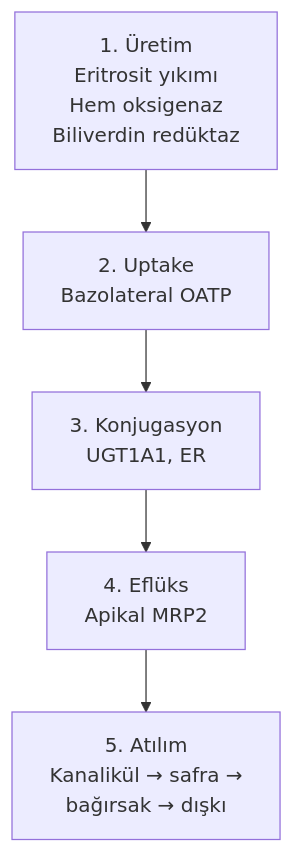
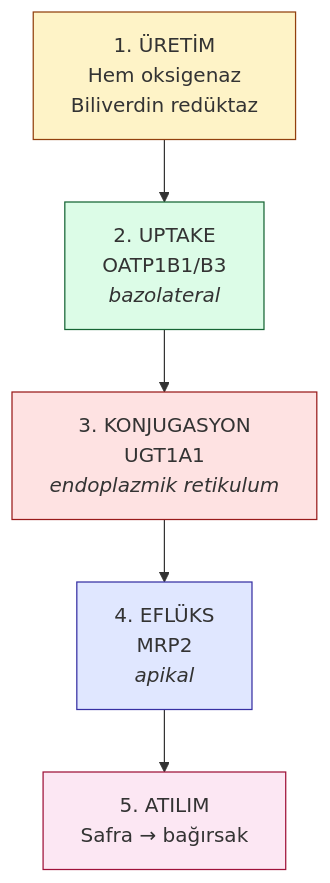
Before and after one commit to gokhanbirsen1992-sketch/sunu-: the second of 7 diagrams in slides/slides.md, drawn with Mermaid. The commit also changed other lines of this file and 1 other file, not shown here.

First line of the commit message:
Redesign slides with rich visuals — animations, icons, mermaid, gradients

````diff
--- a/slides/slides.md
+++ b/slides/slides.md
@@ -384,7 +601,12 @@
-```mermaid {scale: 0.7}
+```mermaid {scale: 0.6}
 flowchart TD
-    A[1. Üretim<br/>Eritrosit yıkımı<br/>Hem oksigenaz<br/>Biliverdin redüktaz] --> B[2. Uptake<br/>Bazolateral OATP]
-    B --> C[3. Konjugasyon<br/>UGT1A1, ER]
-    C --> D[4. Eflüks<br/>Apikal MRP2]
-    D --> E[5. Atılım<br/>Kanalikül → safra →<br/>bağırsak → dışkı]
+    A[1. ÜRETİM<br/>Hem oksigenaz<br/>Biliverdin redüktaz] --> B[2. UPTAKE<br/>OATP1B1/B3<br/><i>bazolateral</i>]
+    B --> C[3. KONJUGASYON<br/>UGT1A1<br/><i>endoplazmik retikulum</i>]
+    C --> D[4. EFLÜKS<br/>MRP2<br/><i>apikal</i>]
+    D --> E[5. ATILIM<br/>Safra → bağırsak]
+    style A fill:#fef3c7,stroke:#92400e
+    style B fill:#dcfce7,stroke:#166534
+    style C fill:#fee2e2,stroke:#991b1b
+    style D fill:#e0e7ff,stroke:#3730a3
+    style E fill:#fce7f3,stroke:#9f1239
 ```
````
